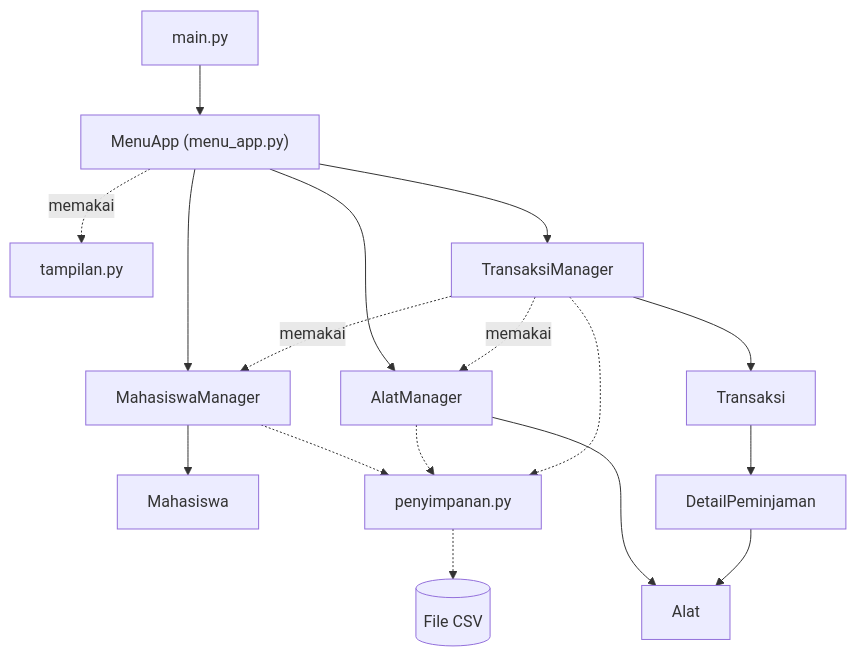
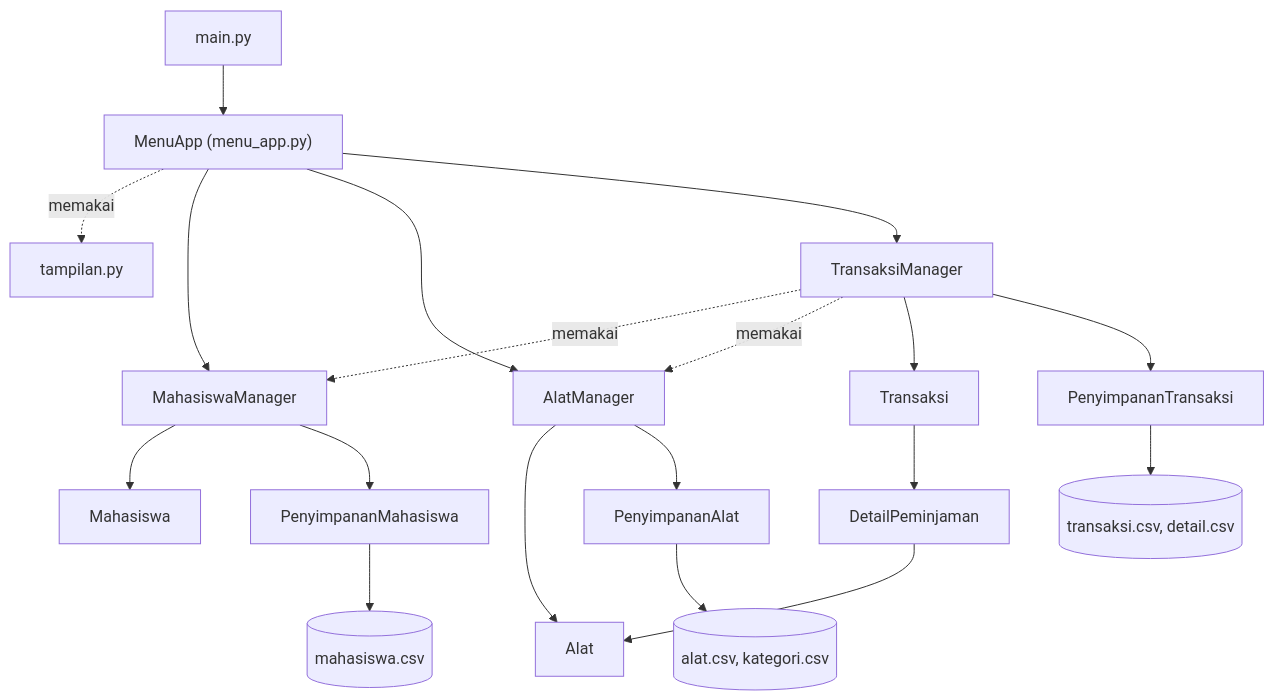
Before and after one commit to relzajaa/cobaaa: the diagram in readme.md, drawn with Mermaid. The commit also changed other lines of this file and 1 other file, not shown here.

````diff
--- a/readme.md
+++ b/readme.md
@@ -168,19 +146,21 @@
 ```mermaid
 flowchart TD
     A["main.py"] --> B["MenuApp (menu_app.py)"]
     B -. memakai .-> T["tampilan.py"]
     B --> M1["MahasiswaManager"]
     B --> M2["AlatManager"]
     B --> M3["TransaksiManager"]
     M3 -. memakai .-> M1
     M3 -. memakai .-> M2
     M1 --> D1["Mahasiswa"]
     M2 --> D2["Alat"]
     M3 --> D3["Transaksi"]
     D3 --> D4["DetailPeminjaman"]
     D4 --> D2
-    M1 -.-> P["penyimpanan.py"]
-    M2 -.-> P
-    M3 -.-> P
-    P -.-> CSV[("File CSV")]
+    M1 --> P1["PenyimpananMahasiswa"]
+    M2 --> P2["PenyimpananAlat"]
+    M3 --> P3["PenyimpananTransaksi"]
+    P1 --> C1[("mahasiswa.csv")]
+    P2 --> C2[("alat.csv, kategori.csv")]
+    P3 --> C3[("transaksi.csv, detail.csv")]
 ```
````
